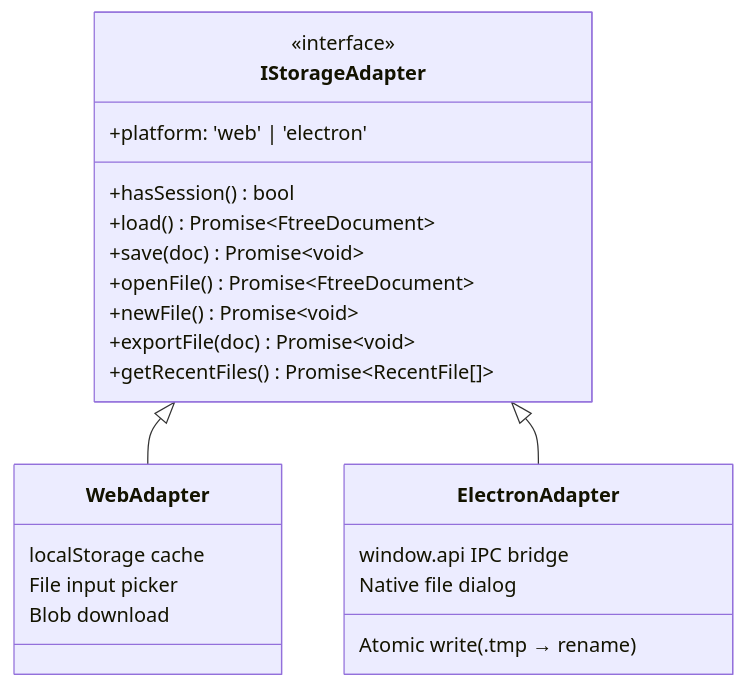
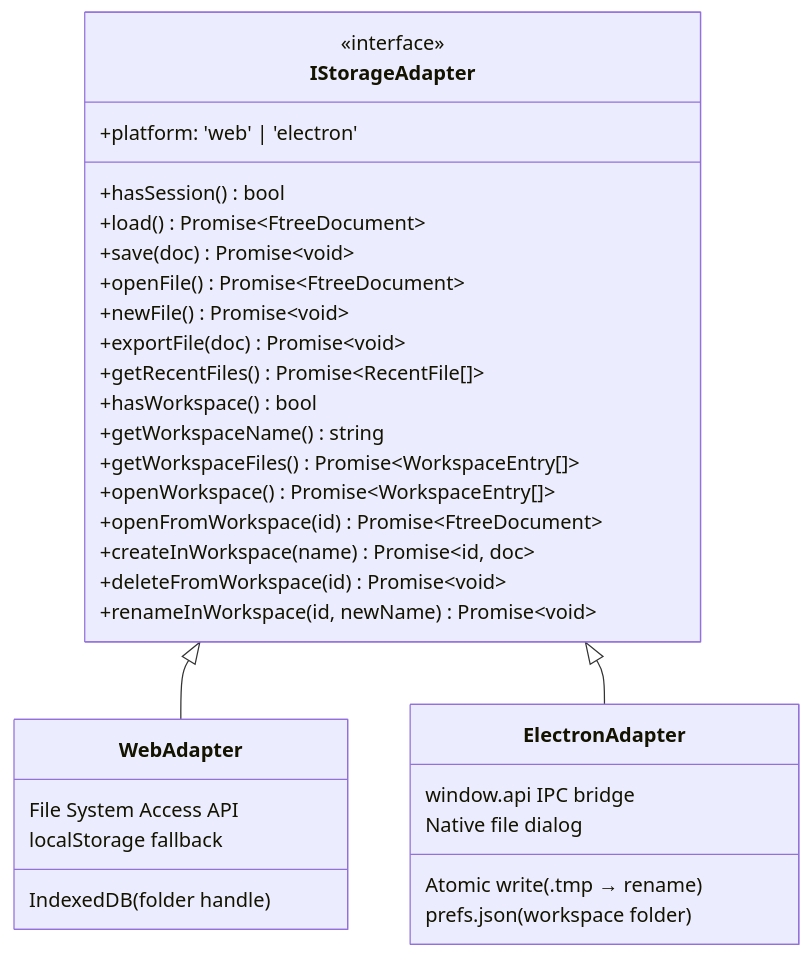
Before and after one commit to nguyen-tri-nhan/family-tree: the second of 6 diagrams in README.md, drawn with Mermaid. The commit also changed other lines of this file, not shown here.

````diff
--- a/README.md
+++ b/README.md
@@ -54,29 +58,38 @@
 ```mermaid
 classDiagram
   class IStorageAdapter {
     <<interface>>
     +platform: 'web' | 'electron'
     +hasSession() bool
     +load() Promise~FtreeDocument~
     +save(doc) Promise~void~
     +openFile() Promise~FtreeDocument~
     +newFile() Promise~void~
     +exportFile(doc) Promise~void~
     +getRecentFiles() Promise~RecentFile[]~
+    +hasWorkspace() bool
+    +getWorkspaceName() string
+    +getWorkspaceFiles() Promise~WorkspaceEntry[]~
+    +openWorkspace() Promise~WorkspaceEntry[]~
+    +openFromWorkspace(id) Promise~FtreeDocument~
+    +createInWorkspace(name) Promise~id, doc~
+    +deleteFromWorkspace(id) Promise~void~
+    +renameInWorkspace(id, newName) Promise~void~
   }
 
   class WebAdapter {
-    localStorage cache
-    File input picker
-    Blob download
+    File System Access API
+    IndexedDB (folder handle)
+    localStorage fallback
   }
 
   class ElectronAdapter {
     window.api IPC bridge
     Native file dialog
     Atomic write (.tmp → rename)
+    prefs.json (workspace folder)
   }
 
   IStorageAdapter <|-- WebAdapter
   IStorageAdapter <|-- ElectronAdapter
 ```
````
